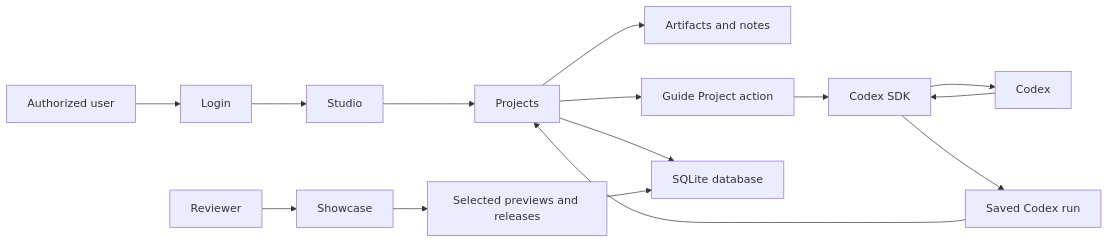
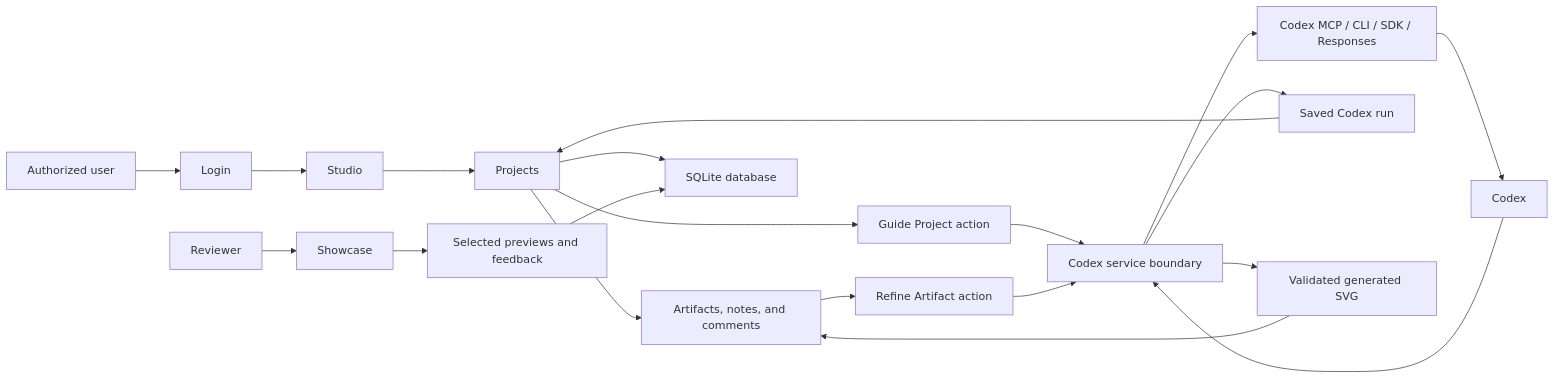
One commit to mgosal/creative-ip-lab changed the diagram in docs/adr/0001-creative-ip-lab-architecture.md. Above: the diagram before and after it, drawn with Mermaid. The commit also changed other lines of this file and 3 other files, not shown here.

Commit message:
Align docs with Codex MCP workflow

````diff
--- a/docs/adr/0001-creative-ip-lab-architecture.md
+++ b/docs/adr/0001-creative-ip-lab-architecture.md
@@ -75,17 +77,22 @@
 ```mermaid
 flowchart LR
     Reviewer["Reviewer"] --> Showcase["Showcase"]
     LabUser["Authorized user"] --> Login["Login"]
     Login --> Studio["Studio"]
     Studio --> Projects["Projects"]
-    Projects --> Artifacts["Artifacts and notes"]
-    Projects --> CodexAction["Guide Project action"]
-    CodexAction --> CodexSDK["Codex SDK"]
-    CodexSDK --> Codex["Codex"]
-    Codex --> CodexSDK
-    CodexSDK --> CodexRun["Saved Codex run"]
+    Projects --> Artifacts["Artifacts, notes, and comments"]
+    Projects --> Guide["Guide Project action"]
+    Artifacts --> Refine["Refine Artifact action"]
+    Guide --> CodexBridge["Codex service boundary"]
+    Refine --> CodexBridge
+    CodexBridge --> MCP["Codex MCP / CLI / SDK / Responses"]
+    MCP --> Codex["Codex"]
+    Codex --> CodexBridge
+    CodexBridge --> CodexRun["Saved Codex run"]
+    CodexBridge --> Generated["Validated generated SVG"]
+    Generated --> Artifacts
     CodexRun --> Projects
     Projects --> SQLite["SQLite database"]
-    Showcase --> Previewed["Selected previews and releases"]
+    Showcase --> Previewed["Selected previews and feedback"]
     Previewed --> SQLite
 ```
````
